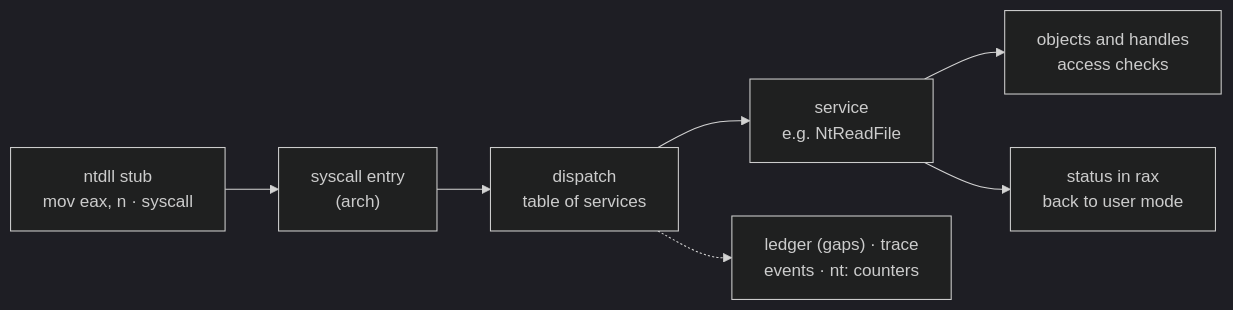
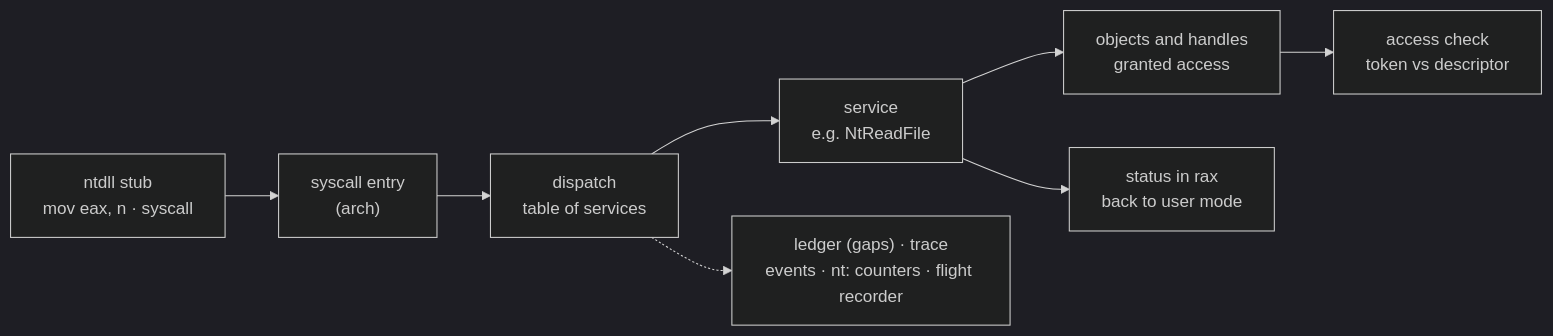
One commit to bjorn-ali-goransson/gala-os changed the fourth of 12 diagrams in README.md. Above: the diagram before and after it, drawn with Mermaid (dark theme). The commit also changed other lines of this file and 3 other files, not shown here.

First line of the commit message:
Docs: README brought up to date, diagrams expanded, stale facts fixed

````diff
--- a/README.md
+++ b/README.md
@@ -174,9 +255,10 @@
 ```mermaid
 flowchart LR
     stub["ntdll stub<br/>mov eax, n · syscall"] --> entry["syscall entry<br/>(arch)"]
     entry --> dispatch["dispatch<br/>table of services"]
     dispatch --> handler["service<br/>e.g. NtReadFile"]
-    handler --> objects["objects and handles<br/>access checks"]
+    handler --> objects["objects and handles<br/>granted access"]
+    objects --> acc["access check<br/>token vs descriptor"]
     handler --> back["status in rax<br/>back to user mode"]
-    dispatch -.-> obs["ledger (gaps) · trace<br/>events · nt: counters"]
+    dispatch -.-> obs["ledger (gaps) · trace<br/>events · nt: counters · flight recorder"]
 ```
````
